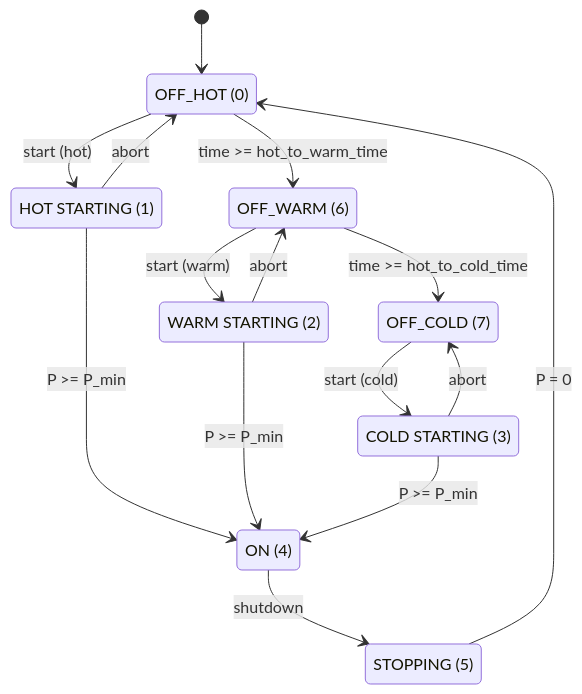
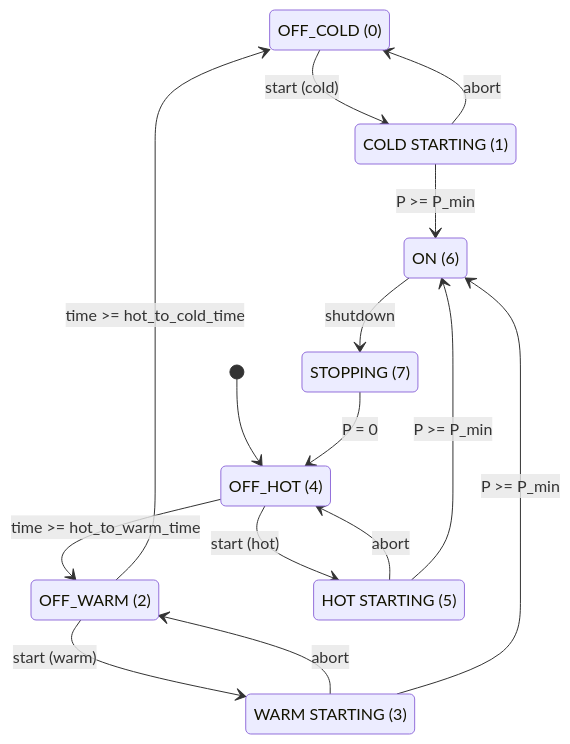
One commit to NatLabRockies/hercules changed the diagram in docs/thermal_component_base.md. Above: the diagram before and after it, drawn with Mermaid. The commit also changed other lines of this file and 2 other files, not shown here.

````diff
--- a/docs/thermal_component_base.md
+++ b/docs/thermal_component_base.md
@@ -18,35 +18,36 @@
 ```{mermaid}
 stateDiagram-v2
     direction TB
 
-    state "OFF_HOT (0)" as OffHot
-    state "HOT STARTING (1)" as Hot
-    state "WARM STARTING (2)" as Warm
-    state "COLD STARTING (3)" as Cold
-    state "ON (4)" as On
-    state "STOPPING (5)" as Stop
-    state "OFF_WARM (6)" as OffWarm
-    state "OFF_COLD (7)" as OffCold
+    state "OFF_COLD (0)" as OffCold
+    state "COLD STARTING (1)" as Cold
+    state "OFF_WARM (2)" as OffWarm
+    state "WARM STARTING (3)" as Warm
+    state "OFF_HOT (4)" as OffHot
+    state "HOT STARTING (5)" as Hot
+    state "ON (6)" as On
+    state "STOPPING (7)" as Stop
+
 
     [*] --> OffHot
 
     OffHot --> Hot: start (hot)
     OffWarm --> Warm: start (warm)
     OffCold --> Cold: start (cold)
 
     Hot --> OffHot: abort
     Hot --> On: P >= P_min
 
     Warm --> OffWarm: abort
     Warm --> On: P >= P_min
 
     Cold --> OffCold: abort
     Cold --> On: P >= P_min
 
     On --> Stop: shutdown
 
     Stop --> OffHot: P = 0
 
     OffHot --> OffWarm: time >= hot_to_warm_time
     OffWarm --> OffCold: time >= hot_to_cold_time
 ```
````
